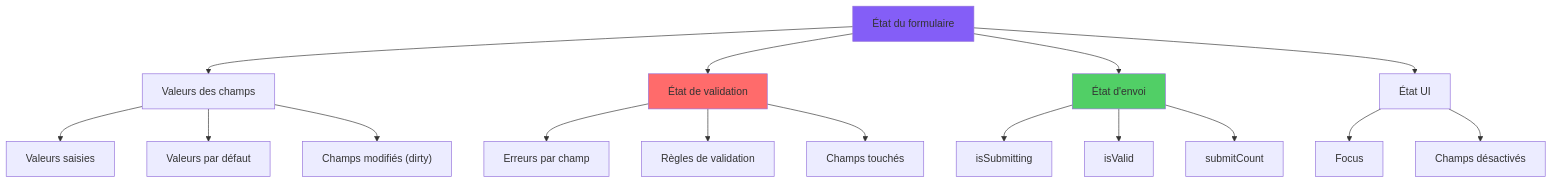
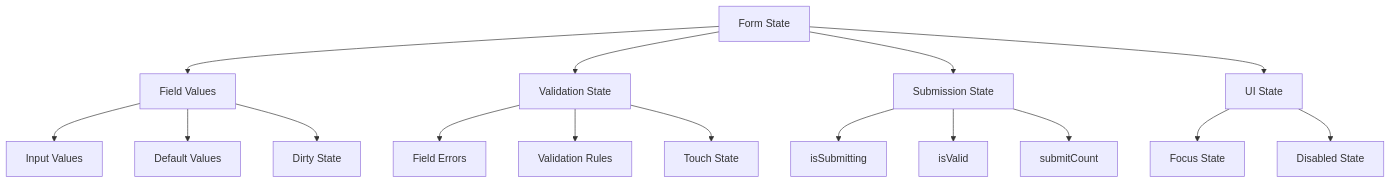
Before and after one commit to BabaScience/react-guides: the first of 5 diagrams in arguments/chapters/fr/08-forms-and-validations.md, drawn with Mermaid. The commit also changed other lines of this file and 29 other files, not shown here.

First line of the commit message:
Bring React FR/IT translations to full English parity + theme-safe diagrams

````diff
--- a/arguments/chapters/fr/08-forms-and-validations.md
+++ b/arguments/chapters/fr/08-forms-and-validations.md
@@ -13,26 +26,23 @@
 ```mermaid
 graph TD
-    A["État du formulaire"] --> B["Valeurs des champs"]
-    A --> C["État de validation"]
-    A --> D["État d'envoi"]
-    A --> E["État UI"]
-
-    B --> B1["Valeurs saisies"]
-    B --> B2["Valeurs par défaut"]
-    B --> B3["Champs modifiés (dirty)"]
-
-    C --> C1["Erreurs par champ"]
-    C --> C2["Règles de validation"]
-    C --> C3["Champs touchés"]
-
-    D --> D1["isSubmitting"]
-    D --> D2["isValid"]
-    D --> D3["submitCount"]
-
-    E --> E1["Focus"]
-    E --> E2["Champs désactivés"]
-
-    style A fill:#845ef7
-    style C fill:#ff6b6b
-    style D fill:#51cf66
+    A[Form State] --> B[Field Values]
+    A --> C[Validation State]
+    A --> D[Submission State]
+    A --> E[UI State]
+    
+    B --> B1[Input Values]
+    B --> B2[Default Values]
+    B --> B3[Dirty State]
+    
+    C --> C1[Field Errors]
+    C --> C2[Validation Rules]
+    C --> C3[Touch State]
+    
+    D --> D1[isSubmitting]
+    D --> D2[isValid]
+    D --> D3[submitCount]
+    
+    E --> E1[Focus State]
+    E --> E2[Disabled State]
+    
 ```
````
